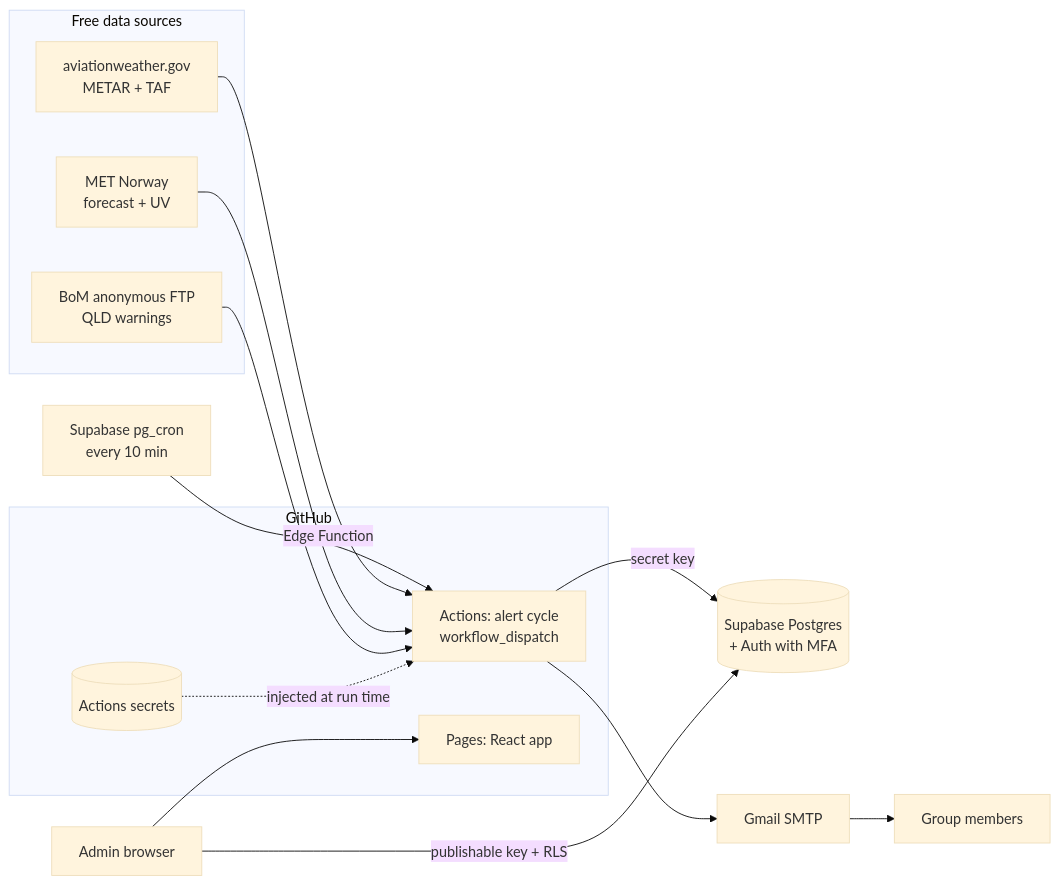
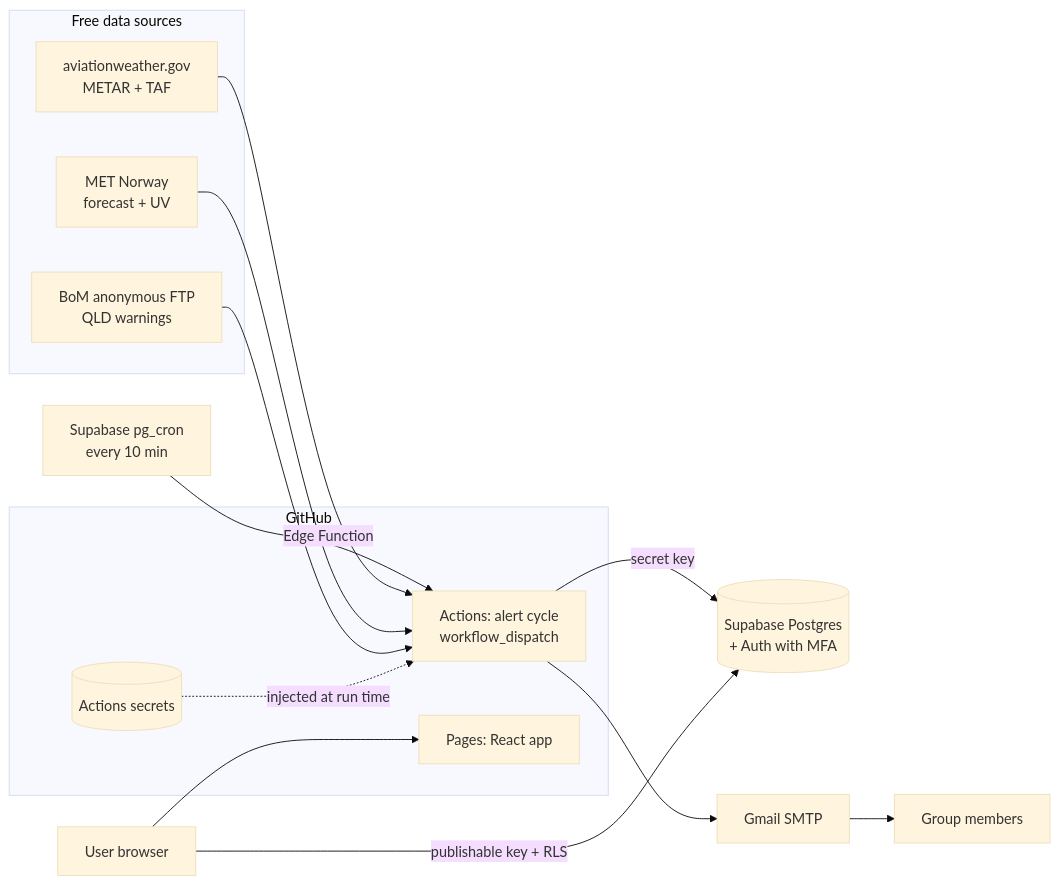
Before and after one commit to tom-bakker/brisbane-weather-alert-app: the diagram in README.md, drawn with Mermaid (base theme). The commit also changed other lines of this file and 36 other files, not shown here.

````diff
--- a/README.md
+++ b/README.md
@@ -25,24 +27,24 @@
 ```mermaid
 flowchart LR
   subgraph Free data sources
     AWC[aviationweather.gov<br/>METAR + TAF]
     MET[MET Norway<br/>forecast + UV]
     BOM[BoM anonymous FTP<br/>QLD warnings]
   end
   subgraph GitHub
     JOB[Actions: alert cycle<br/>workflow_dispatch]
     PAGES[Pages: React app]
     SEC[(Actions secrets)]
   end
   DB[(Supabase Postgres<br/>+ Auth with MFA)]
   CRON[Supabase pg_cron<br/>every 10 min] -->|Edge Function| JOB
   GMAIL[Gmail SMTP]
-  U[Admin browser]
+  U[User browser]
 
   AWC & MET & BOM --> JOB
   SEC -. injected at run time .-> JOB
   JOB -->|secret key| DB
   JOB --> GMAIL --> R[Group members]
   U --> PAGES
   U -->|publishable key + RLS| DB
 ```
````
